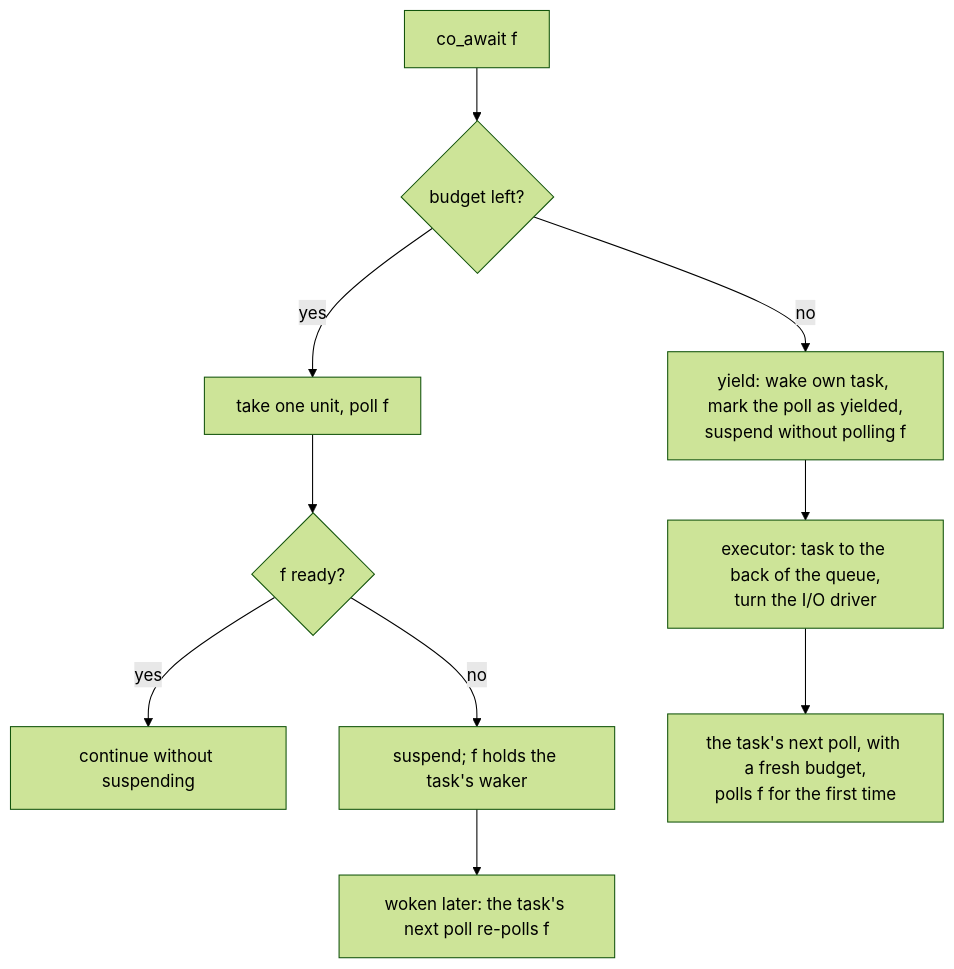
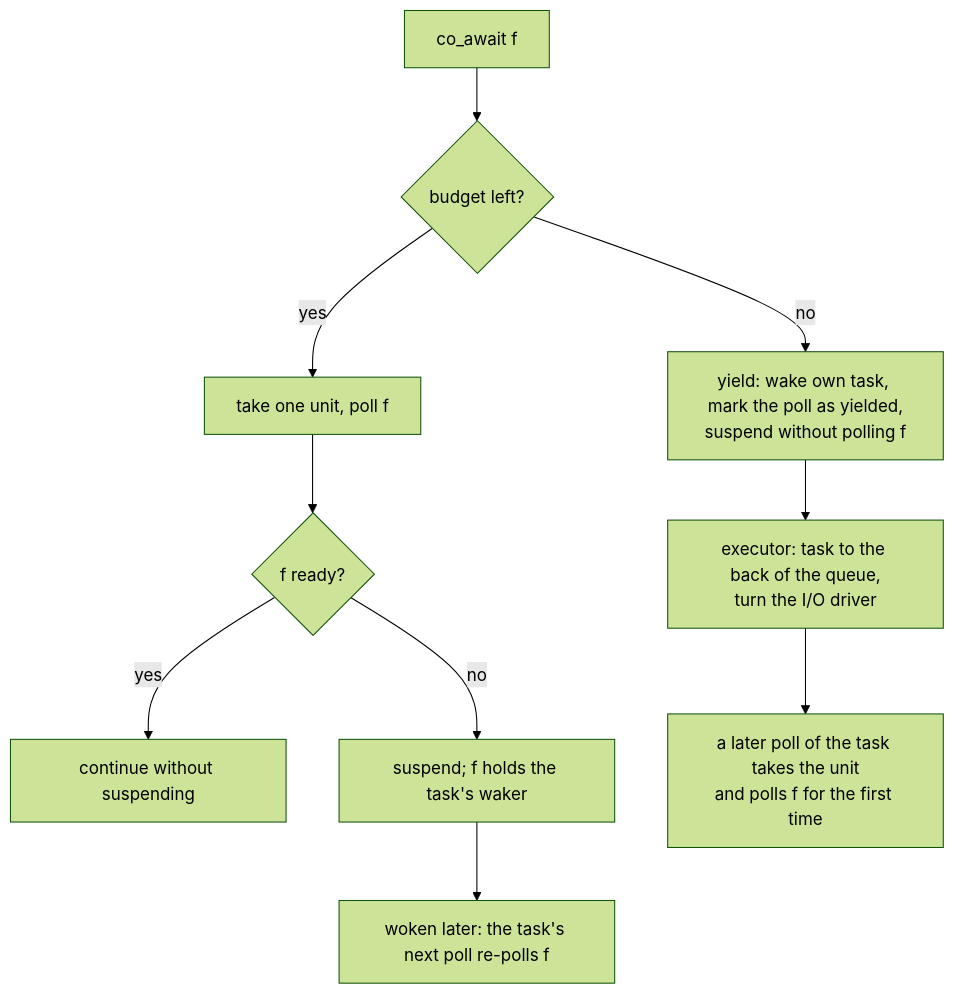
One commit to bts164/coro changed the diagram in doc/design/task_budget.md. Above: the diagram before and after it, drawn with Mermaid (forest theme). The commit also changed other lines of this file and 10 other files, not shown here.

````diff
--- a/doc/design/task_budget.md
+++ b/doc/design/task_budget.md
@@ -107,12 +108,12 @@
 ```mermaid
 flowchart TD
     A["co_await f"] --> B{"budget left?"}
     B -- yes --> C["take one unit, poll f"]
     C --> D{"f ready?"}
     D -- yes --> E["continue without suspending"]
     D -- no --> F["suspend; f holds the task's waker"]
     F --> J["woken later: the task's next poll re-polls f"]
     B -- no --> G["yield: wake own task, mark the poll as yielded,<br/>suspend without polling f"]
     G --> H["executor: task to the back of the queue,<br/>turn the I/O driver"]
-    H --> I["the task's next poll, with a fresh budget,<br/>polls f for the first time"]
+    H --> I["a later poll of the task takes the unit<br/>and polls f for the first time"]
 ```
````
